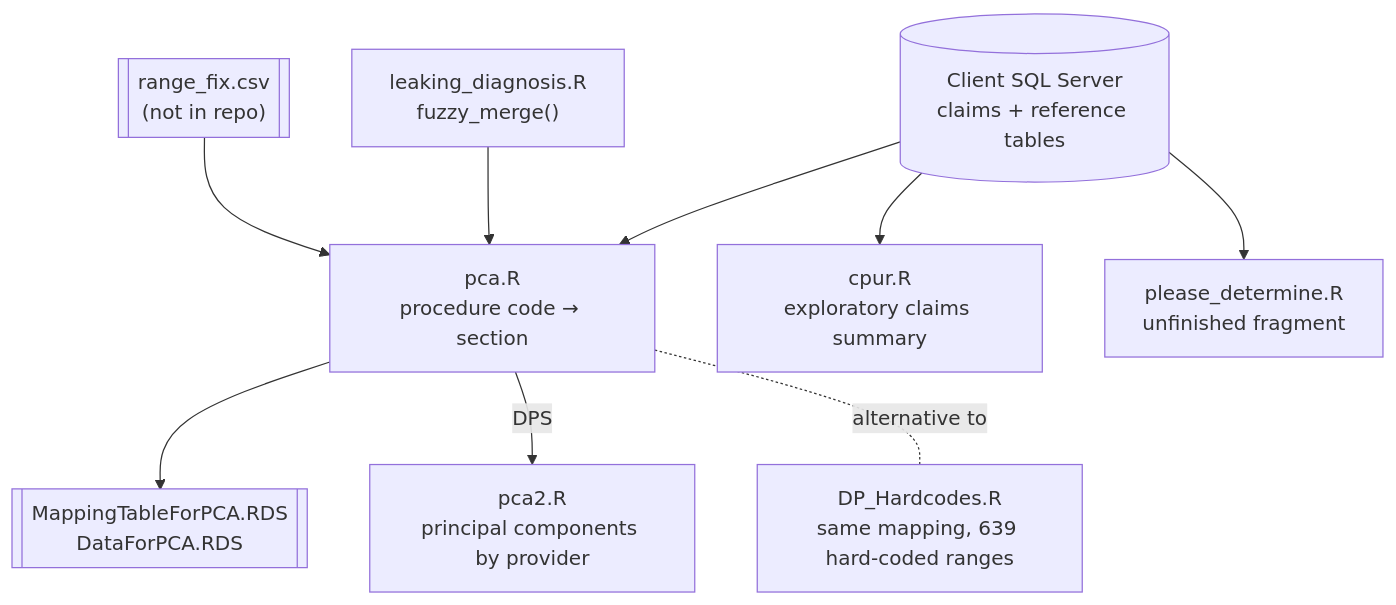
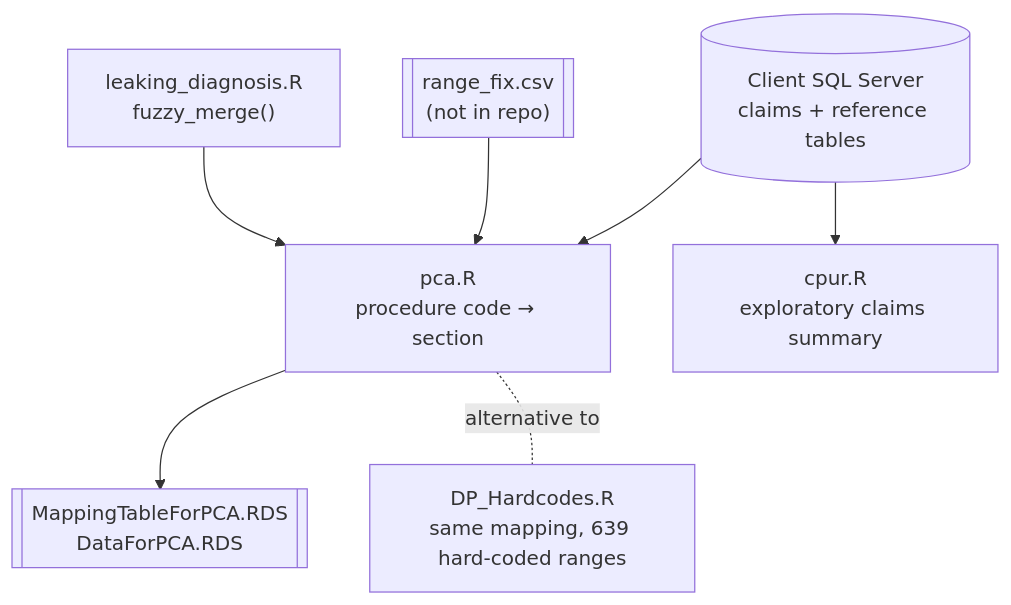
The second of 2 diagrams in README.md (MichaelTuchman/HCCR), drawn with Mermaid before and after one commit. The commit also changed other lines of this file and 12 other files, not shown here.

````diff
--- a/README.md
+++ b/README.md
@@ -121,21 +203,17 @@
 ```mermaid
 flowchart TD
   SQL[("Client SQL Server<br/>claims + reference tables")]
   RF[["range_fix.csv<br/>(not in repo)"]]
   LD["leaking_diagnosis.R<br/>fuzzy_merge()"]
   PCA["pca.R<br/>procedure code → section"]
   RDS[["MappingTableForPCA.RDS<br/>DataForPCA.RDS"]]
-  PCA2["pca2.R<br/>principal components by provider"]
   DPH["DP_Hardcodes.R<br/>same mapping, 639 hard-coded ranges"]
-  PD["please_determine.R<br/>unfinished fragment"]
   CPUR["cpur.R<br/>exploratory claims summary"]
 
   SQL --> PCA
   RF --> PCA
   LD --> PCA
   PCA --> RDS
-  PCA -- "DPS" --> PCA2
   PCA -. "alternative to" .- DPH
   SQL --> CPUR
-  SQL --> PD
 ```
````
